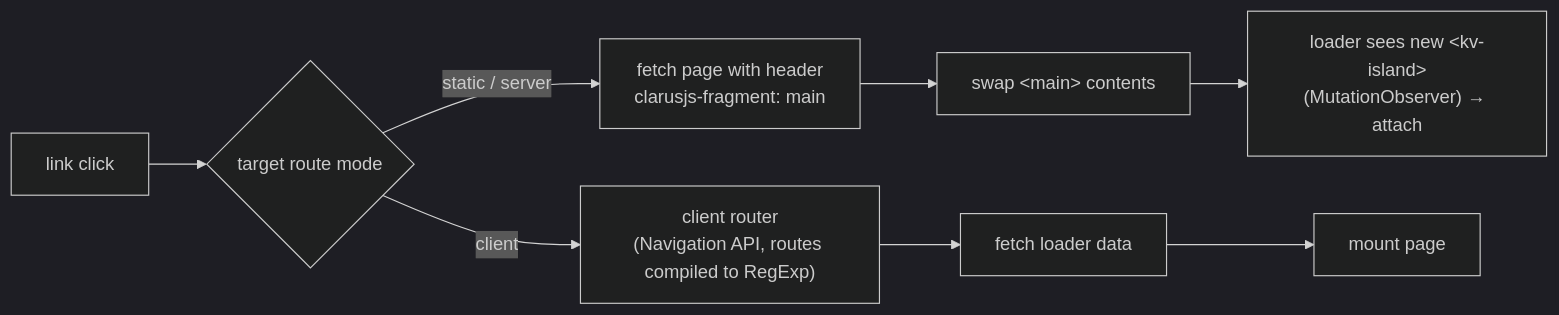
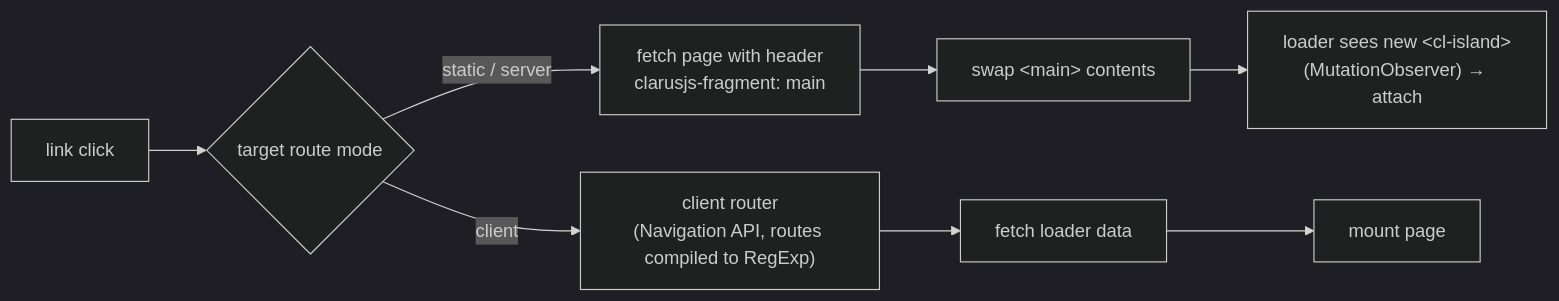
Before and after one commit to forinda/clarusjs: the fifth of 8 diagrams in docs/architecture.md, drawn with Mermaid (dark theme). The commit also changed other lines of this file and 31 other files, not shown here.

````diff
--- a/docs/architecture.md
+++ b/docs/architecture.md
@@ -359,9 +359,9 @@
 ```mermaid
 flowchart LR
   A[link click] --> Q{target route mode}
   Q -- static / server --> F["fetch page with header<br/>clarusjs-fragment: main"]
   F --> SW["swap &lt;main&gt; contents"]
-  SW --> AT["loader sees new &lt;kv-island&gt;<br/>(MutationObserver) → attach"]
+  SW --> AT["loader sees new &lt;cl-island&gt;<br/>(MutationObserver) → attach"]
   Q -- client --> RT["client router<br/>(Navigation API, routes compiled to RegExp)"]
   RT --> LD["fetch loader data"] --> MT["mount page"]
 ```
````
